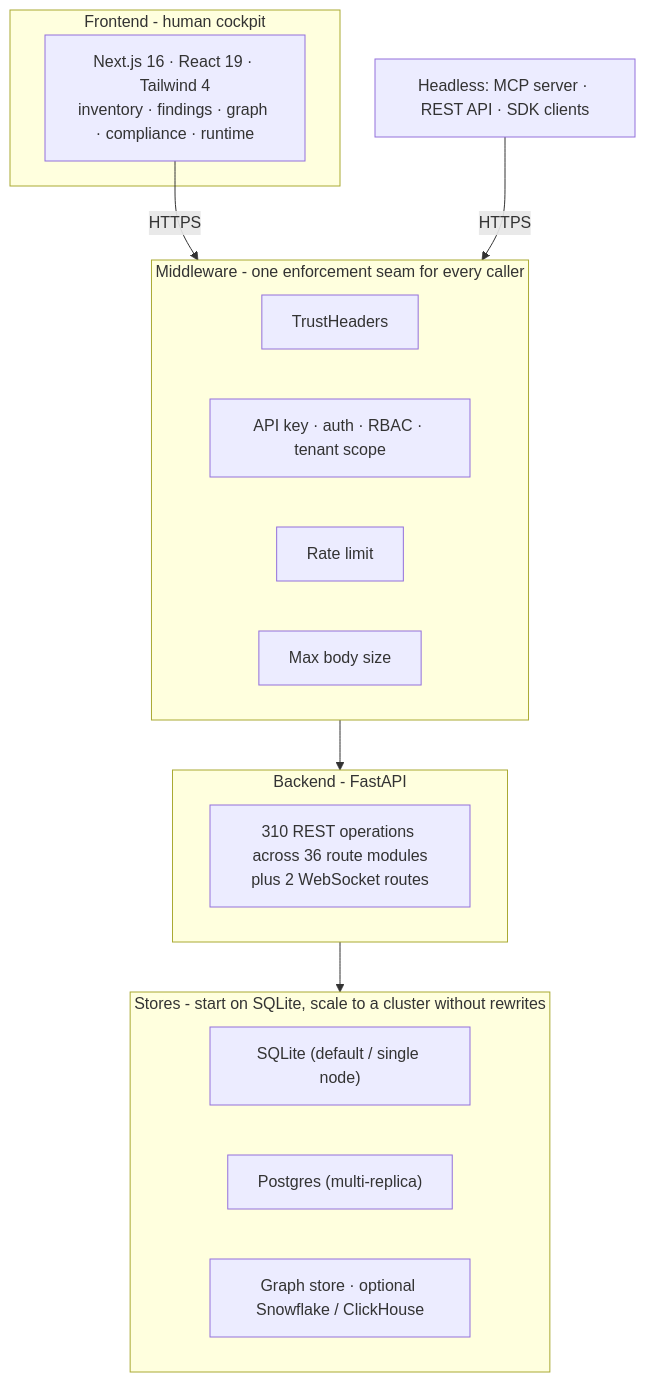
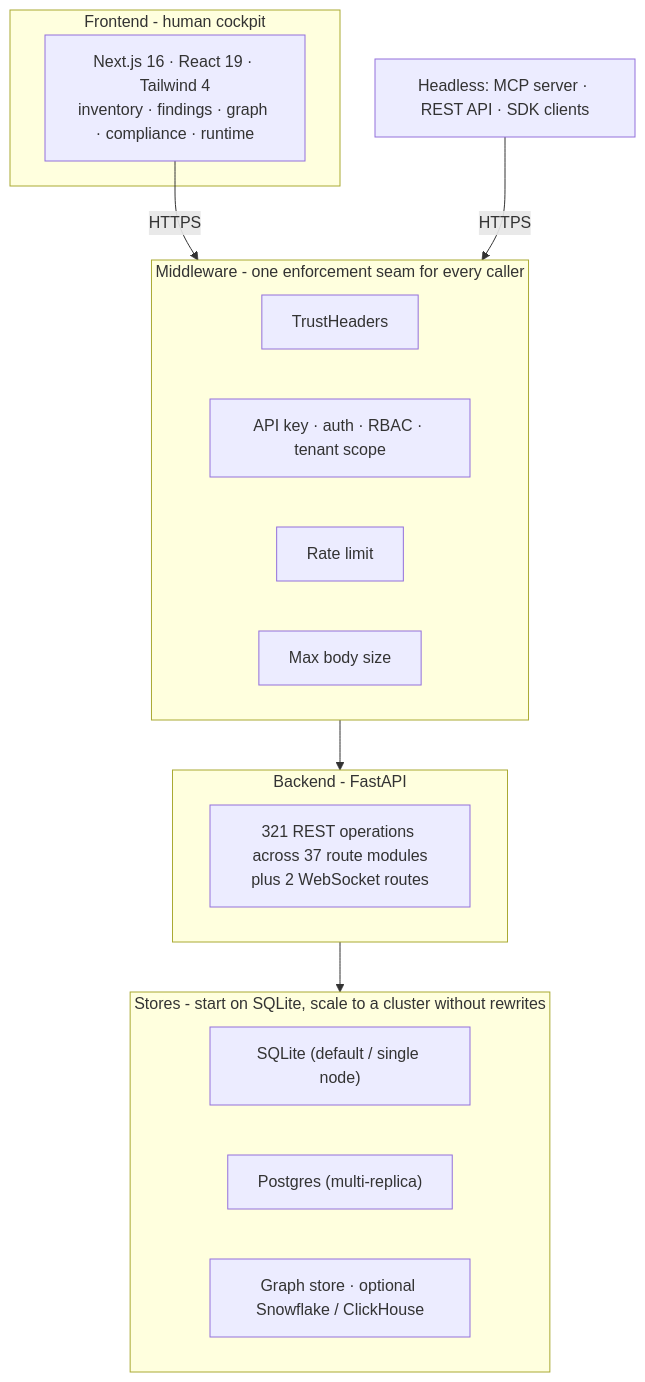
Before and after one commit to msaad00/agent-bom: the fourth of 9 diagrams in docs/ARCHITECTURE.md, drawn with Mermaid. The commit also changed 27 other files, not shown here.

````diff
--- a/docs/ARCHITECTURE.md
+++ b/docs/ARCHITECTURE.md
@@ -146,26 +146,26 @@
 ```mermaid
 flowchart TB
     subgraph FE["Frontend - human cockpit"]
         UI["Next.js 16 · React 19 · Tailwind 4\ninventory · findings · graph · compliance · runtime"]
     end
     subgraph MW["Middleware - one enforcement seam for every caller"]
         M1["TrustHeaders"]
         M2["API key · auth · RBAC · tenant scope"]
         M3["Rate limit"]
         M4["Max body size"]
     end
     subgraph BE["Backend - FastAPI"]
-        R["310 REST operations across 36 route modules\nplus 2 WebSocket routes"]
+        R["321 REST operations across 37 route modules\nplus 2 WebSocket routes"]
     end
     subgraph ST["Stores - start on SQLite, scale to a cluster without rewrites"]
         S1["SQLite (default / single node)"]
         S2["Postgres (multi-replica)"]
         S3["Graph store · optional Snowflake / ClickHouse"]
     end
 
     EXTAGENT["Headless: MCP server · REST API · SDK clients"]
 
     UI -->|HTTPS| MW
     EXTAGENT -->|HTTPS| MW
     MW --> BE --> ST
 ```
````
